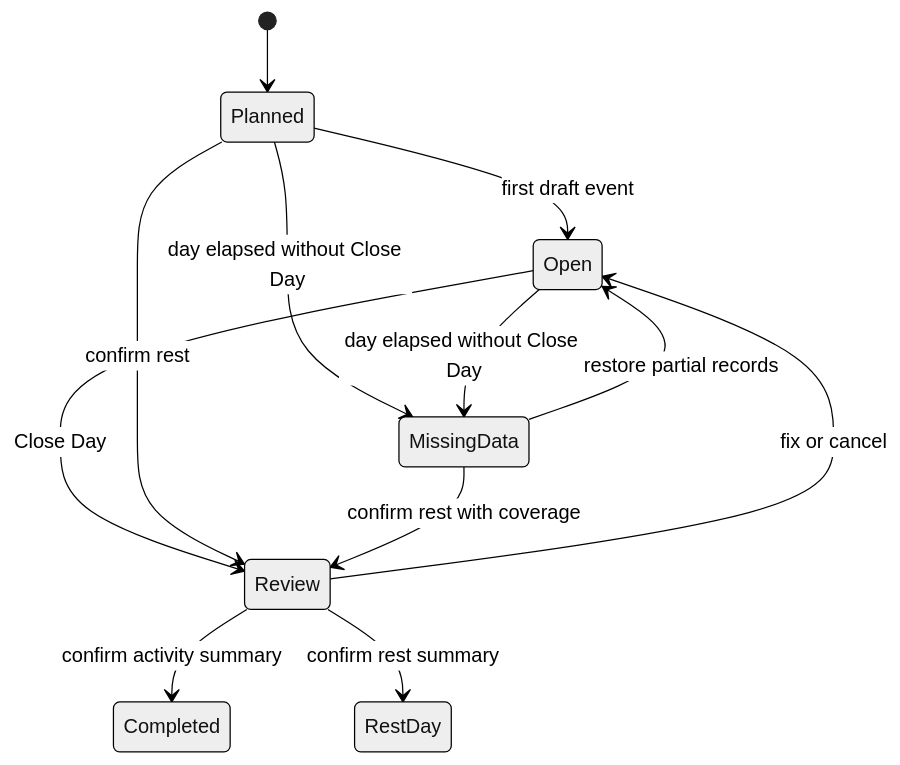
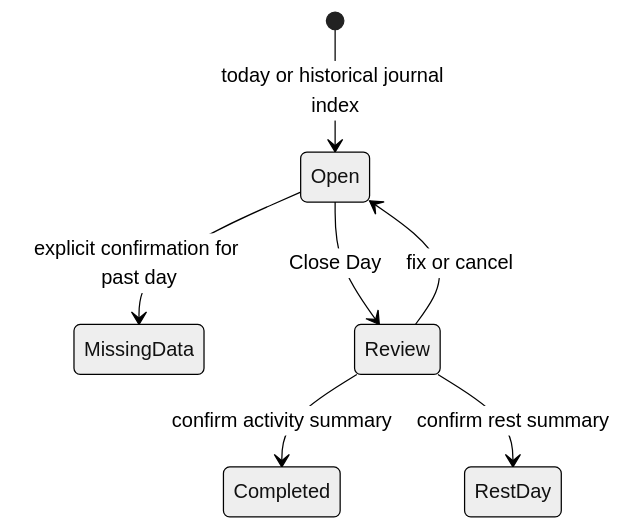
Before and after one commit to branch-danya-dev/trening: the second of 3 diagrams in docs/PRODUCT_LIFECYCLE.md, drawn with Mermaid (neutral theme). The commit also changed other lines of this file and 33 other files, not shown here.

Commit message:
Phase 3: ActivityDay lifecycle, explicit closure and frozen daily facts

````diff
--- a/docs/PRODUCT_LIFECYCLE.md
+++ b/docs/PRODUCT_LIFECYCLE.md
@@ -122,14 +124,9 @@
 ```mermaid
 stateDiagram-v2
-    [*] --> Planned
-    Planned --> Open: first draft event
-    Planned --> MissingData: day elapsed without Close Day
-    Open --> MissingData: day elapsed without Close Day
-    MissingData --> Open: restore partial records
+    [*] --> Open: today or historical journal index
+    Open --> MissingData: explicit confirmation for past day
     Open --> Review: Close Day
-    Planned --> Review: confirm rest
-    MissingData --> Review: confirm rest with coverage
     Review --> Open: fix or cancel
     Review --> Completed: confirm activity summary
     Review --> RestDay: confirm rest summary
 ```
````
